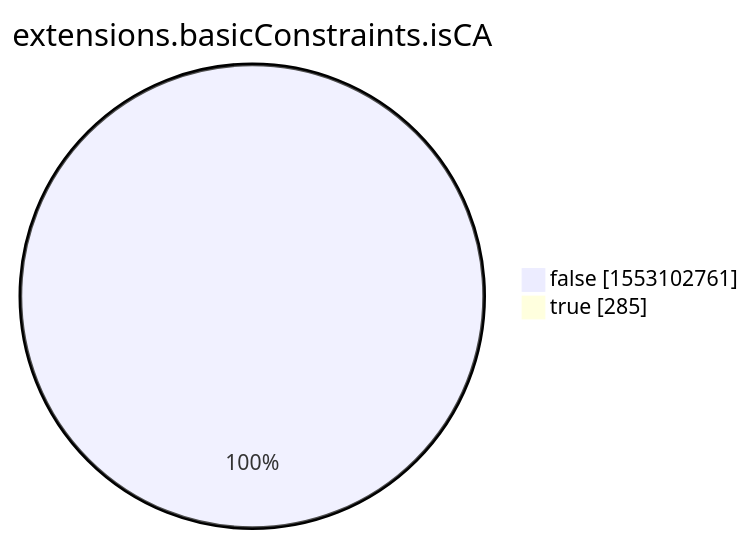
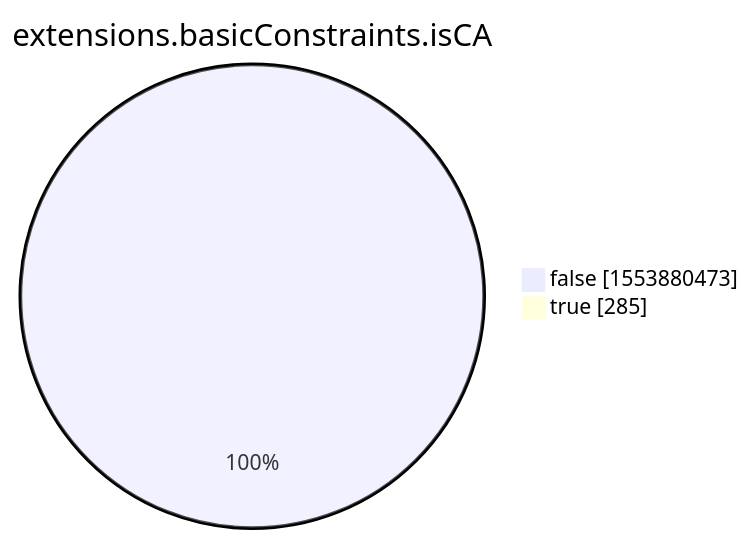
Before and after one commit to christiankrug/ctmonitor_visualization: the eighth of 15 diagrams in xenon2022/README.md, drawn with Mermaid. The commit also changed other lines of this file, not shown here.

````diff
--- a/xenon2022/README.md
+++ b/xenon2022/README.md
@@ -2860,6 +2860,6 @@
 ```mermaid
 pie showData
 title extensions.basicConstraints.isCA
-"false" :1553102761
+"false" :1553880473
 "true" :285
 ```
````
